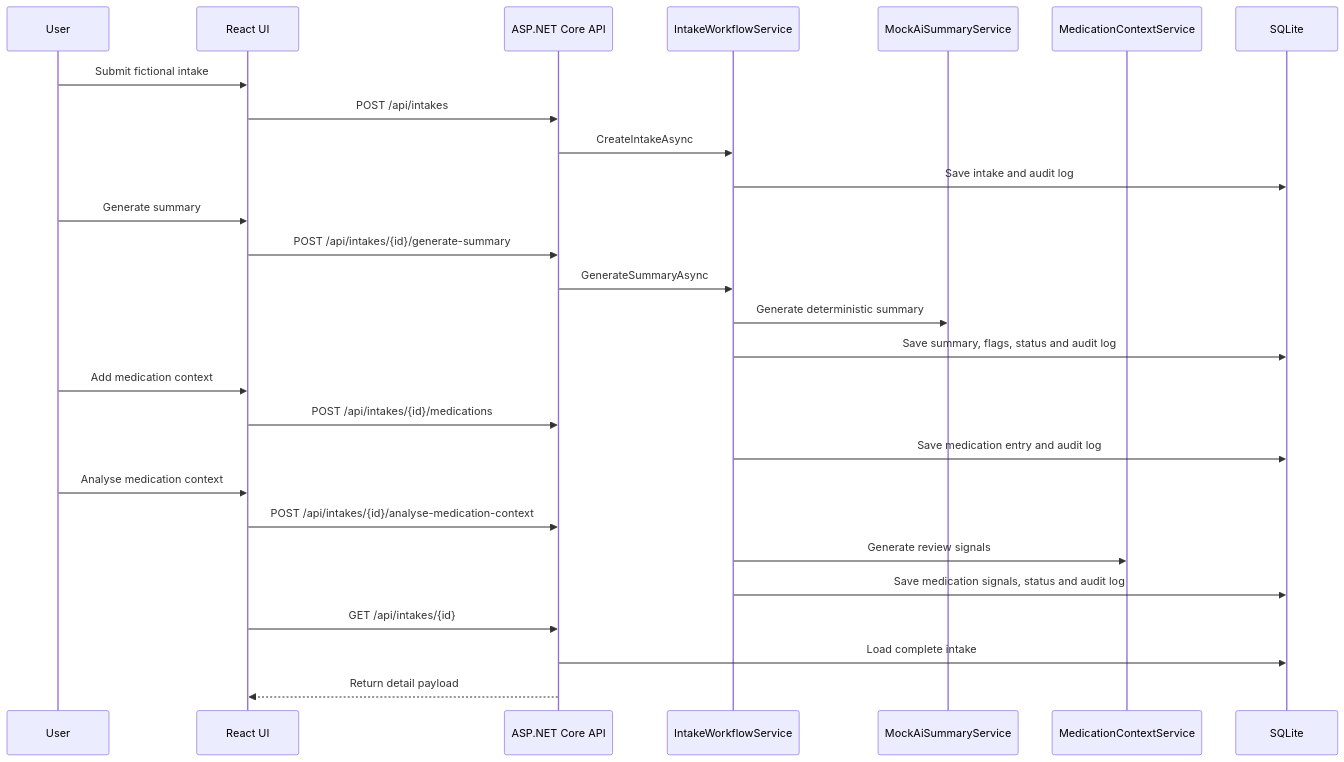
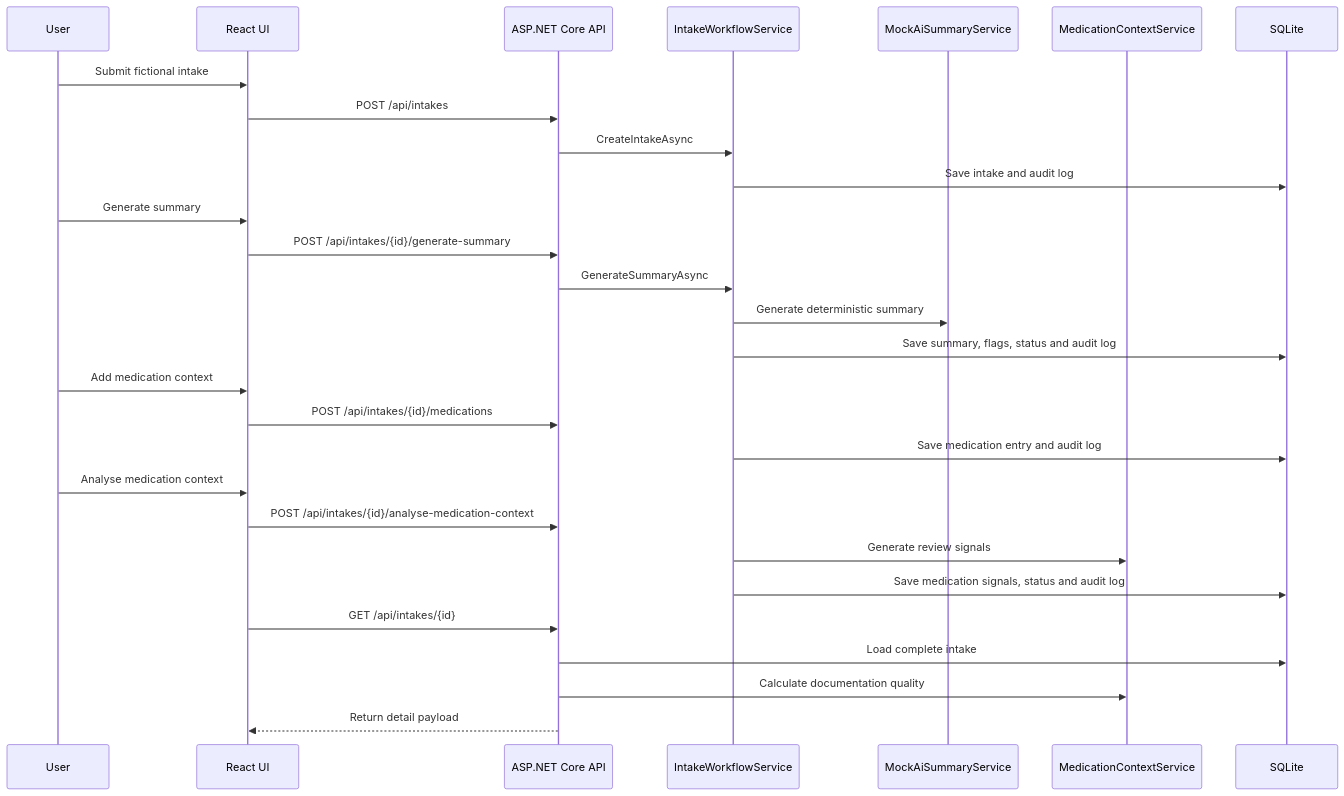
Before and after one commit to Pharmacist65/clinical-intake-ai-workflow: the diagram in docs/architecture.md, drawn with Mermaid. The commit also changed other lines of this file and 17 other files, not shown here.

Commit message:
Add medication documentation quality assessment

````diff
--- a/docs/architecture.md
+++ b/docs/architecture.md
@@ -79,30 +80,31 @@
 ```mermaid
 sequenceDiagram
     participant User
     participant UI as React UI
     participant API as ASP.NET Core API
     participant Workflow as IntakeWorkflowService
     participant AI as MockAiSummaryService
     participant Pharmacy as MedicationContextService
     participant DB as SQLite
 
     User->>UI: Submit fictional intake
     UI->>API: POST /api/intakes
     API->>Workflow: CreateIntakeAsync
     Workflow->>DB: Save intake and audit log
     User->>UI: Generate summary
     UI->>API: POST /api/intakes/{id}/generate-summary
     API->>Workflow: GenerateSummaryAsync
     Workflow->>AI: Generate deterministic summary
     Workflow->>DB: Save summary, flags, status and audit log
     User->>UI: Add medication context
     UI->>API: POST /api/intakes/{id}/medications
     Workflow->>DB: Save medication entry and audit log
     User->>UI: Analyse medication context
     UI->>API: POST /api/intakes/{id}/analyse-medication-context
     Workflow->>Pharmacy: Generate review signals
     Workflow->>DB: Save medication signals, status and audit log
     UI->>API: GET /api/intakes/{id}
     API->>DB: Load complete intake
+    API->>Pharmacy: Calculate documentation quality
     API-->>UI: Return detail payload
 ```
````
